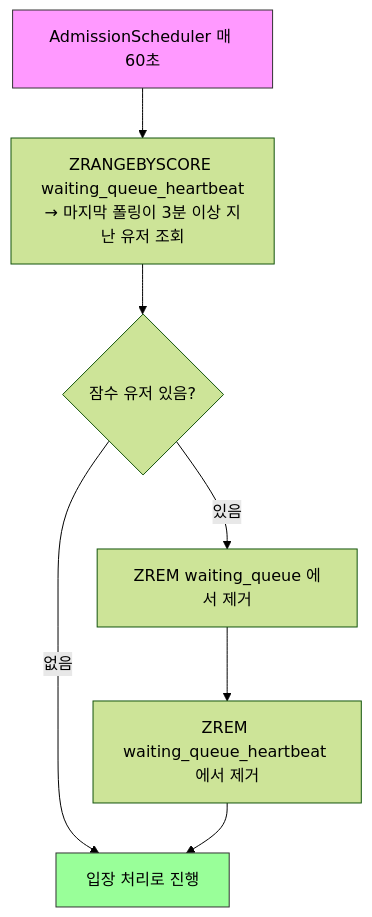
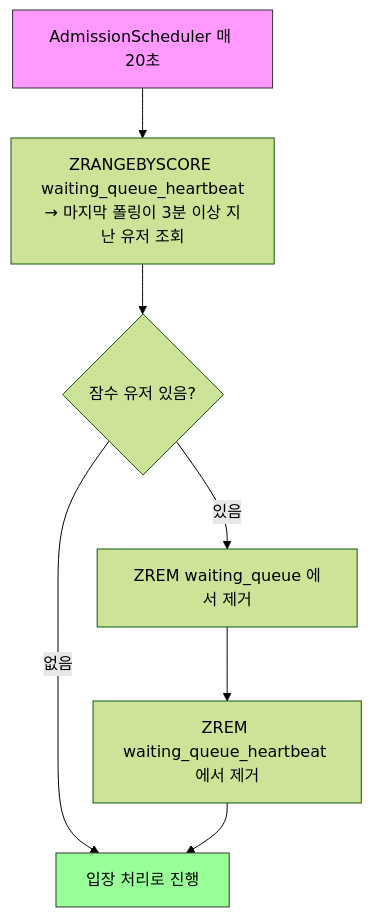
Before and after one commit to irnd04/zticket: the third of 8 diagrams in README.md, drawn with Mermaid (forest theme). The commit also changed other lines of this file and 3 other files, not shown here.

````diff
--- a/README.md
+++ b/README.md
@@ -113,12 +113,12 @@
 ```mermaid
 flowchart TD
-    A[AdmissionScheduler 매 60초] --> B["ZRANGEBYSCORE waiting_queue_heartbeat<br/>→ 마지막 폴링이 3분 이상 지난 유저 조회"]
+    A[AdmissionScheduler 매 20초] --> B["ZRANGEBYSCORE waiting_queue_heartbeat<br/>→ 마지막 폴링이 3분 이상 지난 유저 조회"]
     B --> C{잠수 유저 있음?}
     C -- 없음 --> END[입장 처리로 진행]
     C -- 있음 --> D[ZREM waiting_queue 에서 제거]
     D --> E[ZREM waiting_queue_heartbeat 에서 제거]
     E --> END
 
     style A fill:#f9f,stroke:#333
     style END fill:#9f9,stroke:#333
 ```
````
